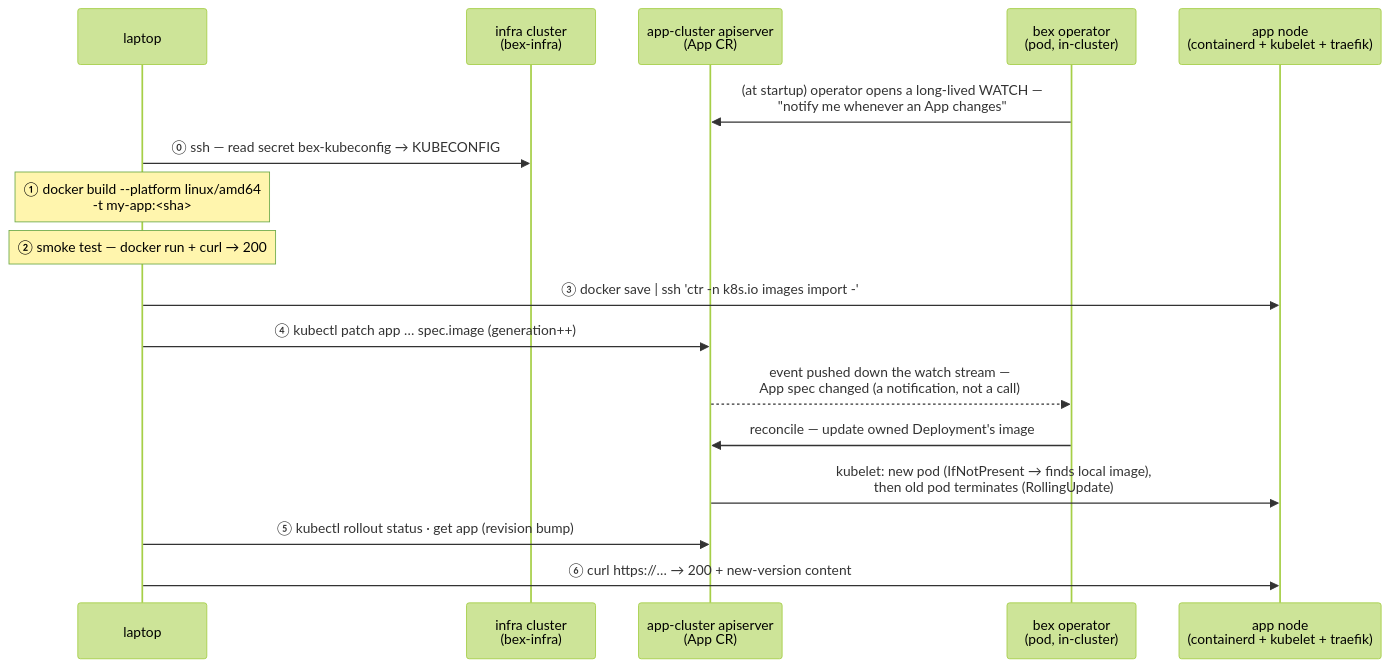
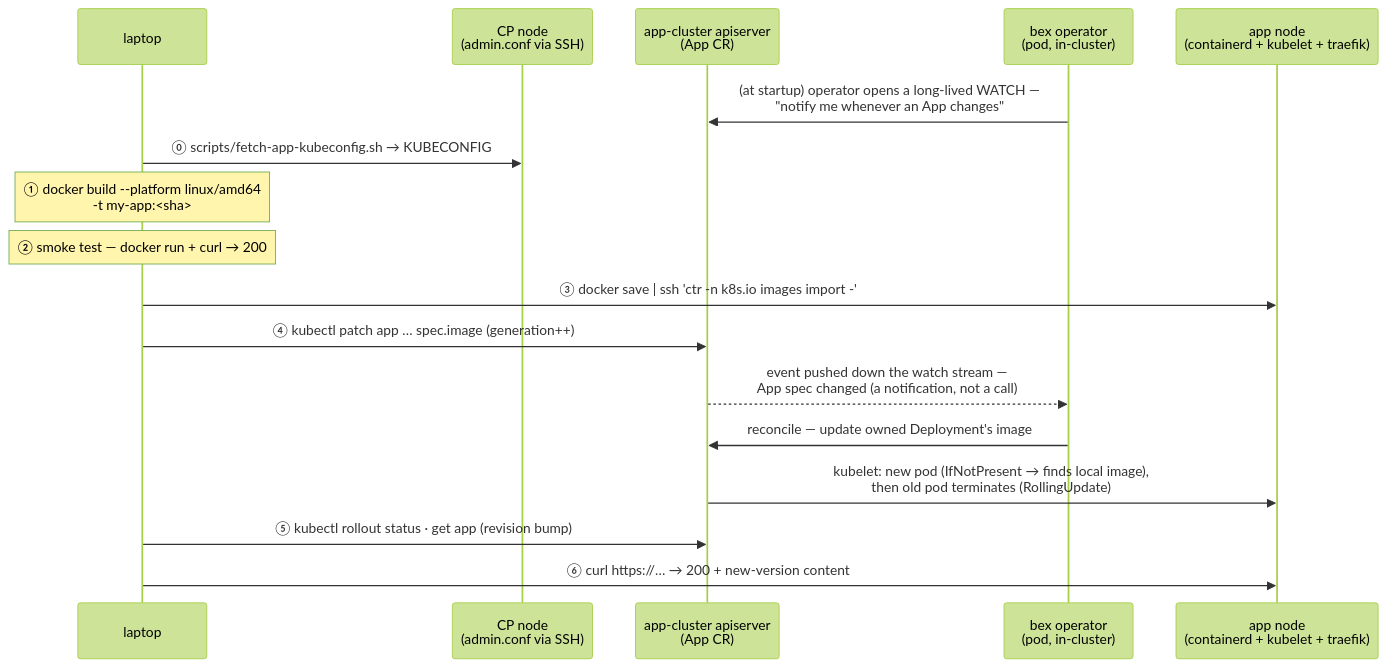
The diagram in docs/deployment.md (cuckoo-network/cuckoo), drawn with Mermaid (forest theme) before and after one commit. The commit also changed other lines of this file and 9 other files, not shown here.

First line of the commit message:
refactor(infra): rename bex-infra -> bex-bootstrap; gate the node behind bootstrap_enabled

````diff
--- a/docs/deployment.md
+++ b/docs/deployment.md
@@ -17,20 +17,20 @@
 ```mermaid
 sequenceDiagram
   participant L as laptop
-  participant I as infra cluster<br/>(bex-infra)
+  participant I as CP node<br/>(admin.conf via SSH)
   participant A as app-cluster apiserver<br/>(App CR)
   participant O as bex operator<br/>(pod, in-cluster)
   participant N as app node<br/>(containerd + kubelet + traefik)
 
   O->>A: (at startup) operator opens a long-lived WATCH —<br/>"notify me whenever an App changes"
-  L->>I: ⓪ ssh — read secret bex-kubeconfig → KUBECONFIG
+  L->>I: ⓪ scripts/fetch-app-kubeconfig.sh → KUBECONFIG
   Note over L: ① docker build --platform linux/amd64<br/>-t my-app:#lt;sha#gt;
   Note over L: ② smoke test — docker run + curl → 200
   L->>N: ③ docker save | ssh 'ctr -n k8s.io images import -'
   L->>A: ④ kubectl patch app … spec.image (generation++)
   A-->>O: event pushed down the watch stream —<br/>App spec changed (a notification, not a call)
   O->>A: reconcile — update owned Deployment's image
   A->>N: kubelet: new pod (IfNotPresent → finds local image),<br/>then old pod terminates (RollingUpdate)
   L->>A: ⑤ kubectl rollout status · get app (revision bump)
   L->>N: ⑥ curl https://… → 200 + new-version content
 ```
````
